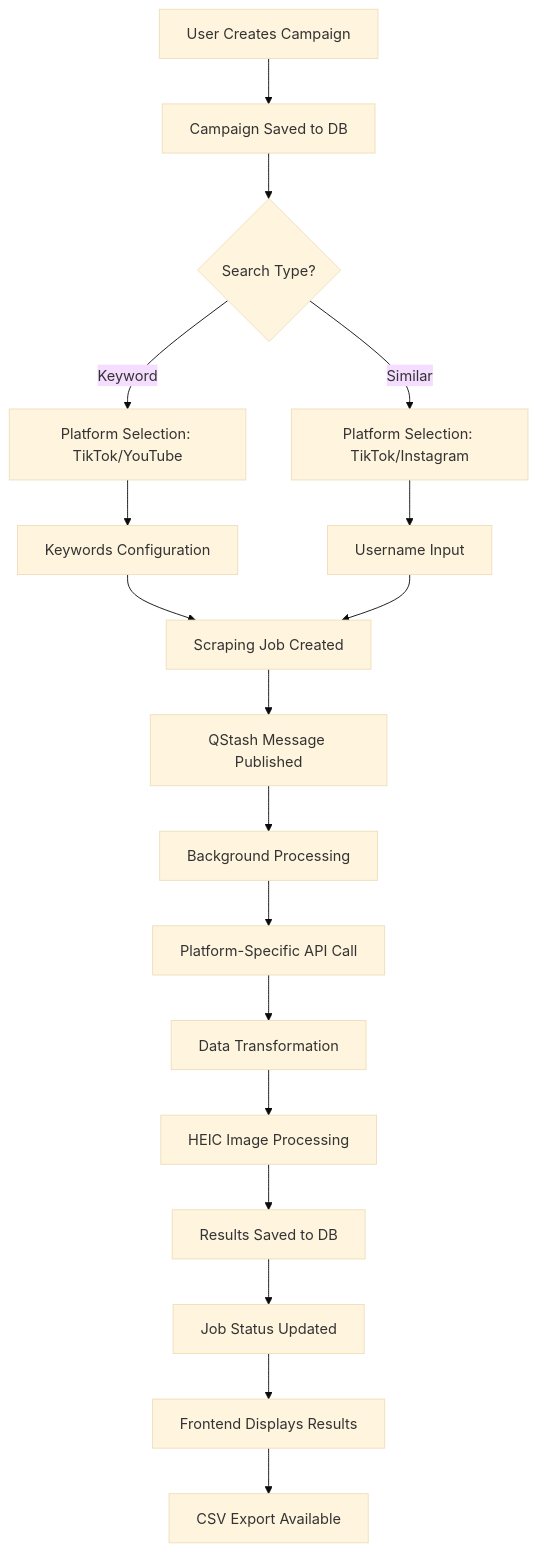
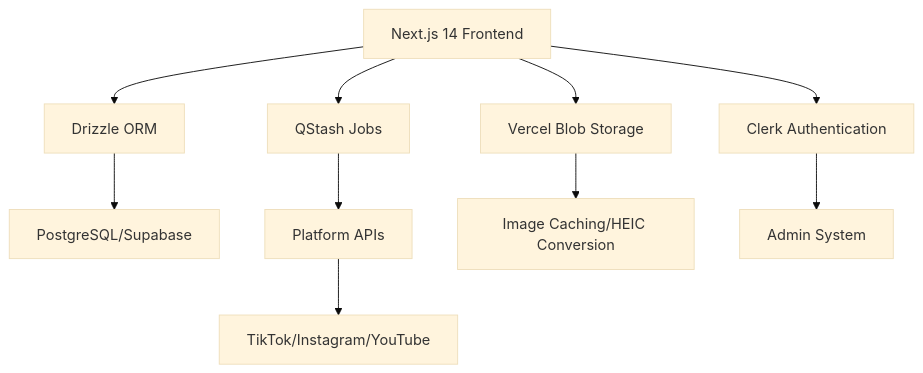
Before and after one commit to Sanchay-T/influencer-platform-app: the first of 2 diagrams in CLAUDE.md, drawn with Mermaid (base theme). The commit also changed other lines of this file and 24 other files, not shown here.

````diff
--- a/CLAUDE.md
+++ b/CLAUDE.md
@@ -8,20 +39,12 @@
 ```mermaid
 graph TD
-    A[User Creates Campaign] --> B[Campaign Saved to DB]
-    B --> C{Search Type?}
-    C -->|Keyword| D[Platform Selection: TikTok/YouTube]
-    C -->|Similar| E[Platform Selection: TikTok/Instagram]
-    D --> F[Keywords Configuration]
-    E --> G[Username Input]
-    F --> H[Scraping Job Created]
-    G --> H
-    H --> I[QStash Message Published]
-    I --> J[Background Processing]
-    J --> K[Platform-Specific API Call]
-    K --> L[Data Transformation]
-    L --> M[HEIC Image Processing]
-    M --> N[Results Saved to DB]
-    N --> O[Job Status Updated]
-    O --> P[Frontend Displays Results]
-    P --> Q[CSV Export Available]
+    A[Next.js 14 Frontend] --> B[Drizzle ORM]
+    B --> C[PostgreSQL/Supabase]
+    A --> D[QStash Jobs]
+    D --> E[Platform APIs]
+    E --> F[TikTok/Instagram/YouTube]
+    A --> G[Vercel Blob Storage]
+    G --> H[Image Caching/HEIC Conversion]
+    A --> I[Clerk Authentication]
+    I --> J[Admin System]
 ```
````
